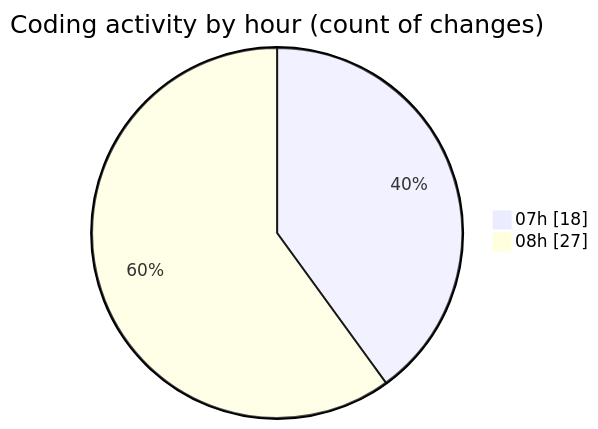
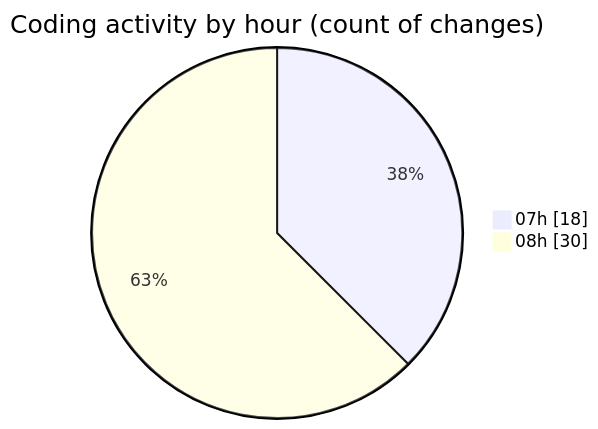
Before and after one commit to momahboobian/code-tracking: the second of 2 diagrams in 2026-08-21/cda/README.md, drawn with Mermaid. The commit also changed other lines of this file and 1 other file, not shown here.

````diff
--- a/2026-08-21/cda/README.md
+++ b/2026-08-21/cda/README.md
@@ -44,6 +44,6 @@
 ```mermaid
 pie showData
 title Coding activity by hour (count of changes)
 "07h" : 18
-"08h" : 27
+"08h" : 30
 ```
````
